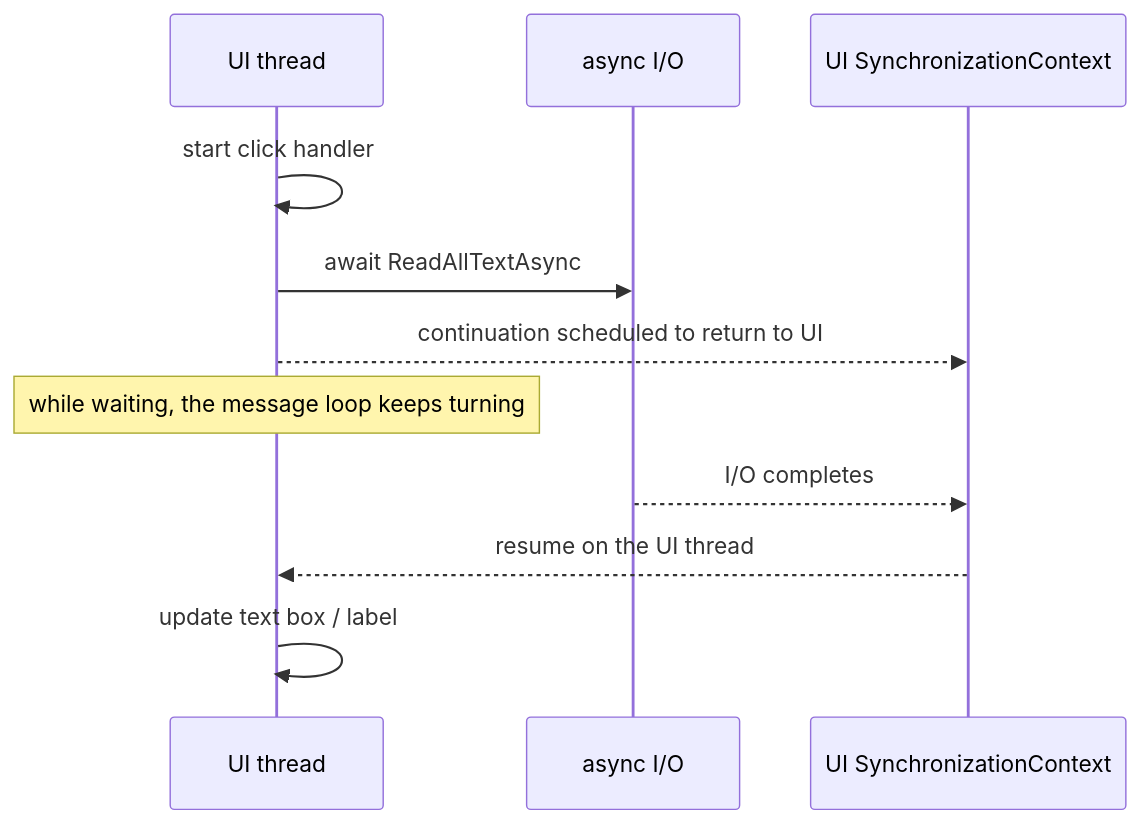
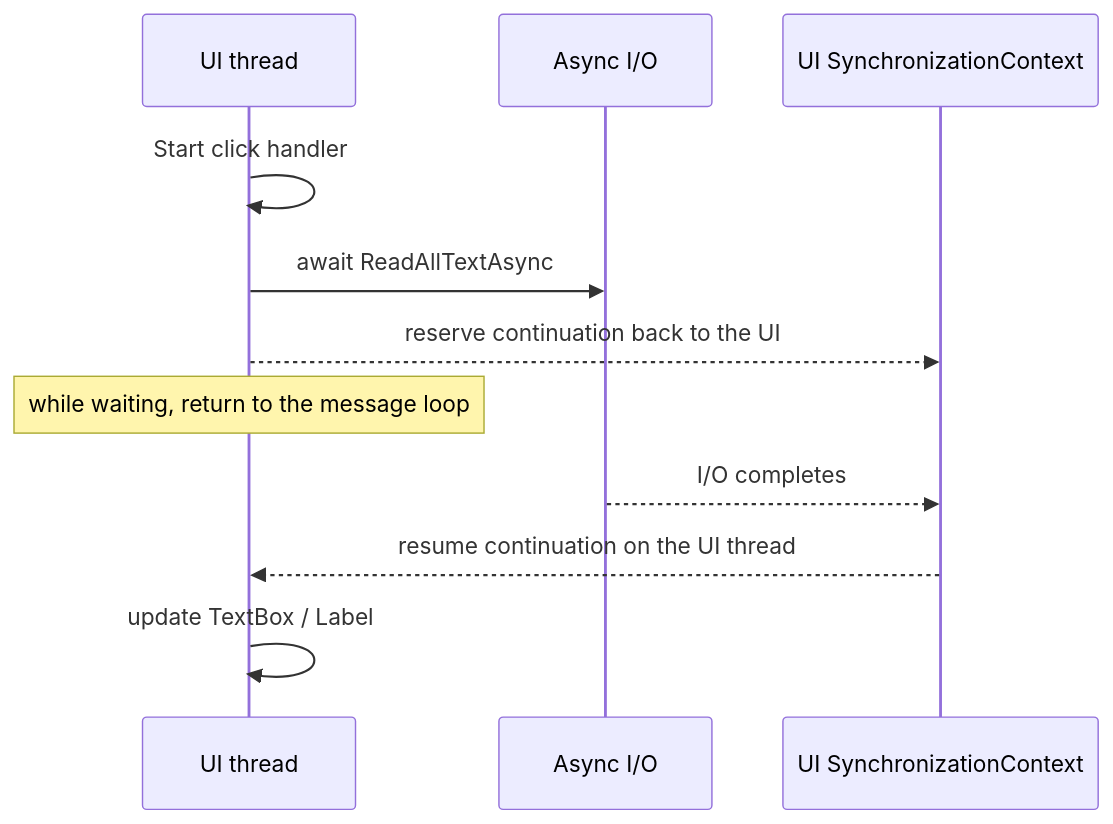
Before and after one commit to gomurin0428/KomuraSoftWeb: the fourth of 8 diagrams in _posts/2026-03-12-000-wpf-winforms-ui-thread-async-await-one-sheet-en.md, drawn with Mermaid. The commit also changed other lines of this file and 3 other files, not shown here.

````diff
--- a/_posts/2026-03-12-000-wpf-winforms-ui-thread-async-await-one-sheet-en.md
+++ b/_posts/2026-03-12-000-wpf-winforms-ui-thread-async-await-one-sheet-en.md
@@ -236,14 +241,14 @@
 ```mermaid
 sequenceDiagram
     participant UI as UI thread
-    participant IO as async I/O
+    participant IO as Async I/O
     participant Ctx as UI SynchronizationContext
 
-    UI->>UI: start click handler
+    UI->>UI: Start click handler
     UI->>IO: await ReadAllTextAsync
-    UI-->>Ctx: continuation scheduled to return to UI
-    Note over UI: while waiting, the message loop keeps turning
+    UI-->>Ctx: reserve continuation back to the UI
+    Note over UI: while waiting, return to the message loop
     IO-->>Ctx: I/O completes
-    Ctx-->>UI: resume on the UI thread
-    UI->>UI: update text box / label
+    Ctx-->>UI: resume continuation on the UI thread
+    UI->>UI: update TextBox / Label
 ```
````
